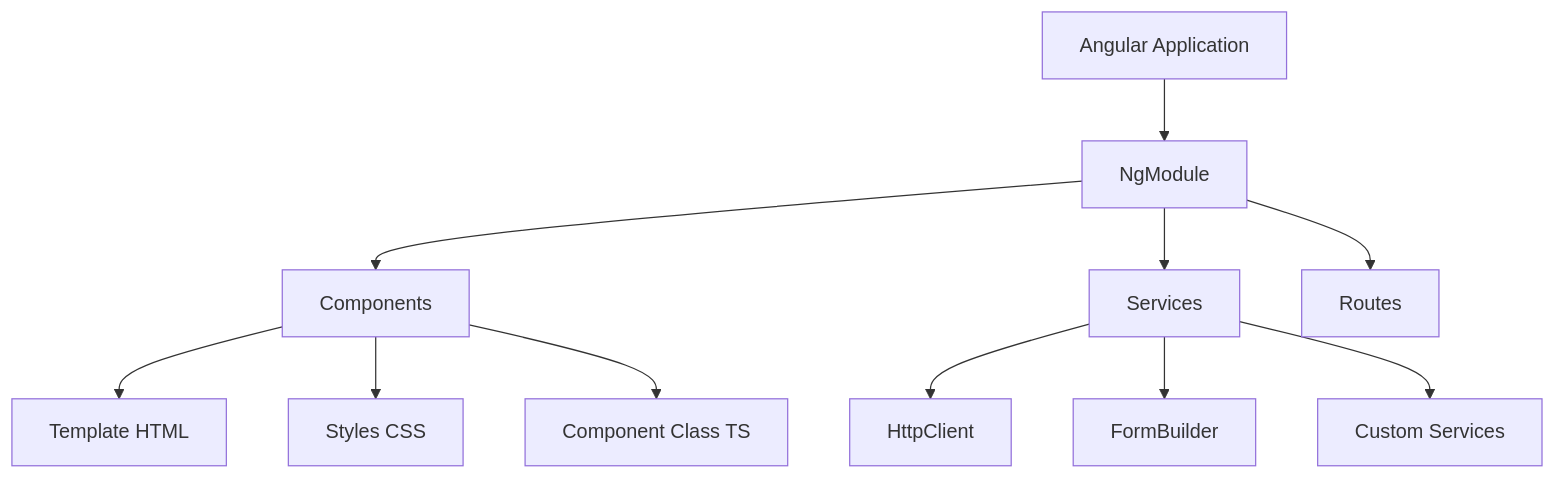
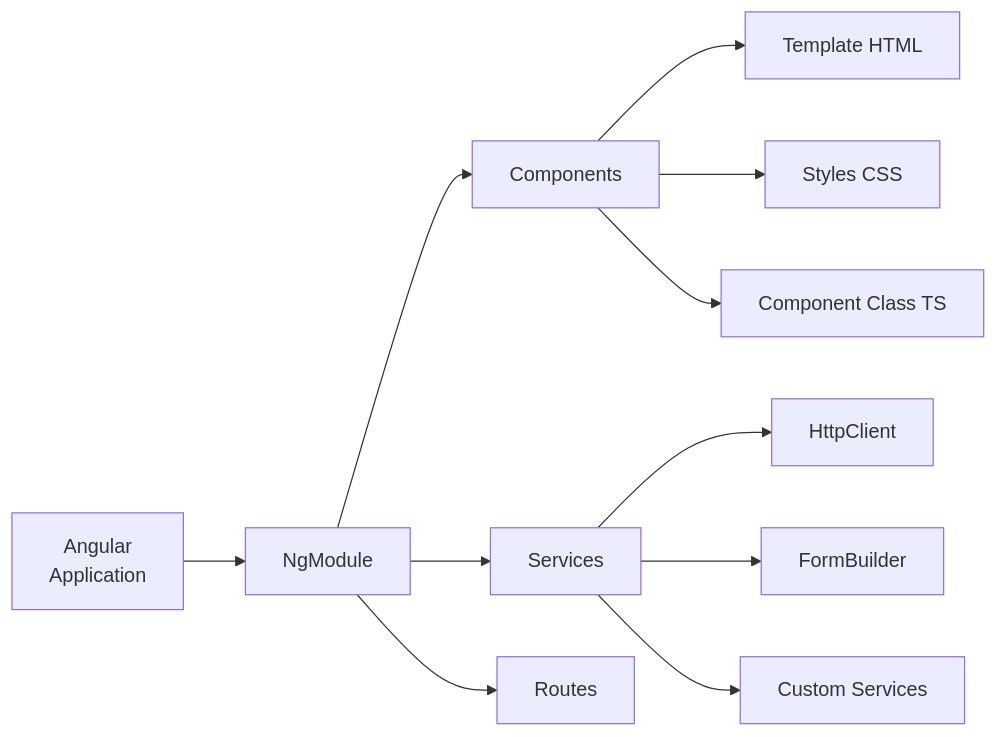
One commit to amitdevx/TY changed the second of 3 diagrams in 02-Semester-VI/CS-352-MJ-T-Design-Framework/Unit-1.md. Above: the diagram before and after it, drawn with Mermaid. The commit also changed other lines of this file and 65 other files, not shown here.

Commit message:
fix:graph vertical

````diff
--- a/02-Semester-VI/CS-352-MJ-T-Design-Framework/Unit-1.md
+++ b/02-Semester-VI/CS-352-MJ-T-Design-Framework/Unit-1.md
@@ -70,13 +70,13 @@
 ```mermaid
-graph TD
-  APP[Angular Application] --> MOD[NgModule]
+graph LR
+  APP[Angular<br/>Application] --> MOD[NgModule]
   MOD --> COMP[Components]
   MOD --> SERV[Services]
   MOD --> ROUTE[Routes]
   COMP --> TMPL[Template HTML]
   COMP --> STYLE[Styles CSS]
   COMP --> CLASS[Component Class TS]
   SERV --> HTTP[HttpClient]
   SERV --> FORM[FormBuilder]
   SERV --> CUST[Custom Services]
 ```
````
